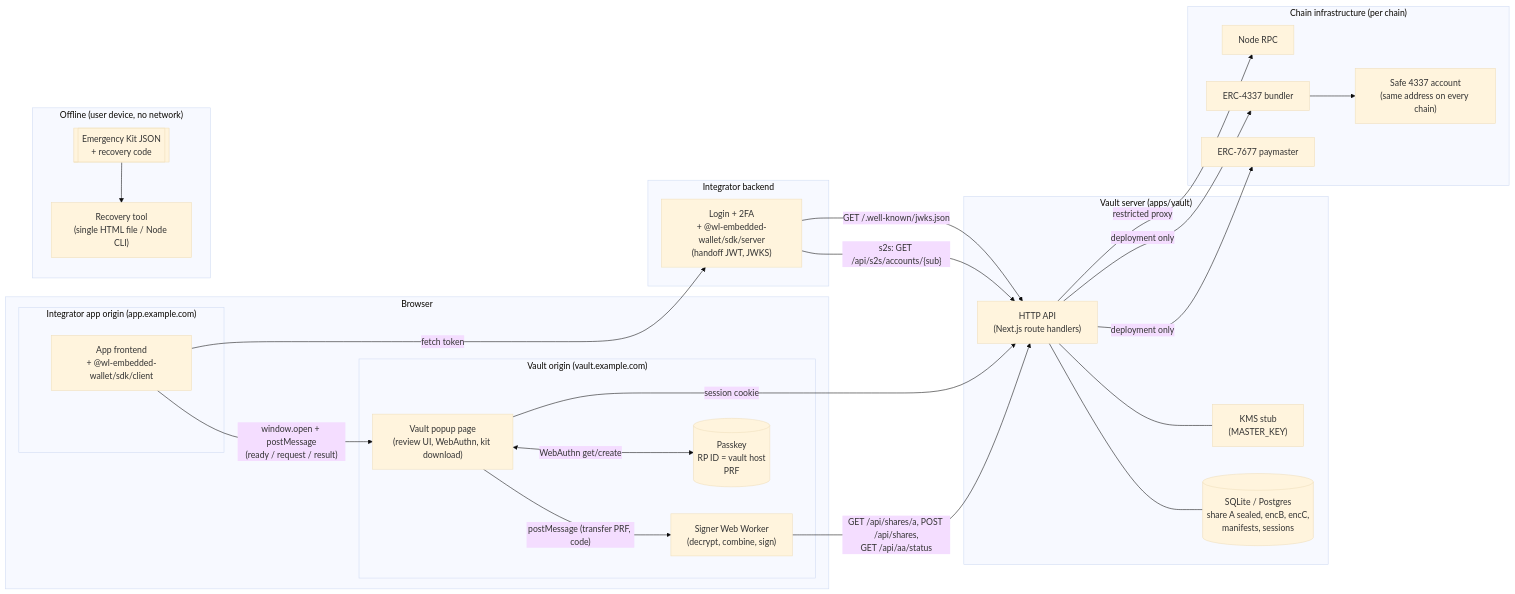
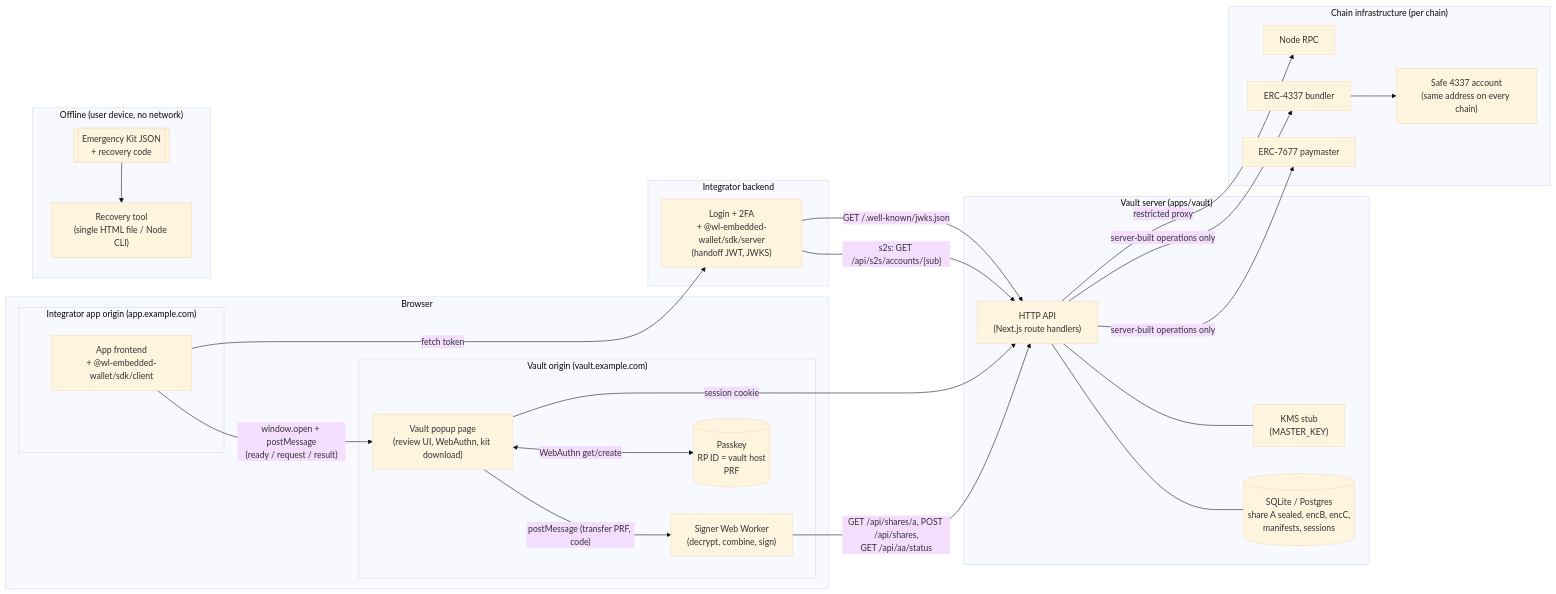
Before and after one commit to victormer/wl-embedded-wallet: the first of 6 diagrams in docs/ARCHITECTURE.md, drawn with Mermaid (base theme). The commit also changed other lines of this file and 73 other files, not shown here.

````diff
--- a/docs/ARCHITECTURE.md
+++ b/docs/ARCHITECTURE.md
@@ -24,47 +24,47 @@
 ```mermaid
 flowchart LR
   subgraph Browser
     subgraph AppOrigin["Integrator app origin (app.example.com)"]
       App["App frontend<br/>+ @wl-embedded-wallet/sdk/client"]
     end
     subgraph VaultOrigin["Vault origin (vault.example.com)"]
       Popup["Vault popup page<br/>(review UI, WebAuthn, kit download)"]
       Worker["Signer Web Worker<br/>(decrypt, combine, sign)"]
       Passkey[("Passkey<br/>RP ID = vault host<br/>PRF")]
     end
   end
   subgraph AppServer["Integrator backend"]
     Backend["Login + 2FA<br/>+ @wl-embedded-wallet/sdk/server<br/>(handoff JWT, JWKS)"]
   end
   subgraph VaultServer["Vault server (apps/vault)"]
     API["HTTP API<br/>(Next.js route handlers)"]
     KMS["KMS stub<br/>(MASTER_KEY)"]
     DB[("SQLite / Postgres<br/>share A sealed, encB, encC,<br/>manifests, sessions")]
   end
   subgraph Chain["Chain infrastructure (per chain)"]
     RPC["Node RPC"]
     Bundler["ERC-4337 bundler"]
     Paymaster["ERC-7677 paymaster"]
     Safe["Safe 4337 account<br/>(same address on every chain)"]
   end
   subgraph Offline["Offline (user device, no network)"]
     Tool["Recovery tool<br/>(single HTML file / Node CLI)"]
     Kit[["Emergency Kit JSON<br/>+ recovery code"]]
   end
 
   App -- "window.open + postMessage<br/>(ready / request / result)" --> Popup
   App -- "fetch token" --> Backend
   Backend -- "GET /.well-known/jwks.json" --> API
   Backend -- "s2s: GET /api/s2s/accounts/{sub}" --> API
   Popup -- "postMessage (transfer PRF, code)" --> Worker
   Popup <-- "WebAuthn get/create" --> Passkey
   Popup -- "session cookie" --> API
   Worker -- "GET /api/shares/a, POST /api/shares,<br/>GET /api/aa/status" --> API
   API --- KMS
   API --- DB
   API -- "restricted proxy" --> RPC
-  API -- "deployment only" --> Bundler
-  API -- "deployment only" --> Paymaster
+  API -- "server-built operations only" --> Bundler
+  API -- "server-built operations only" --> Paymaster
   Bundler --> Safe
   Kit --> Tool
 ```
````
